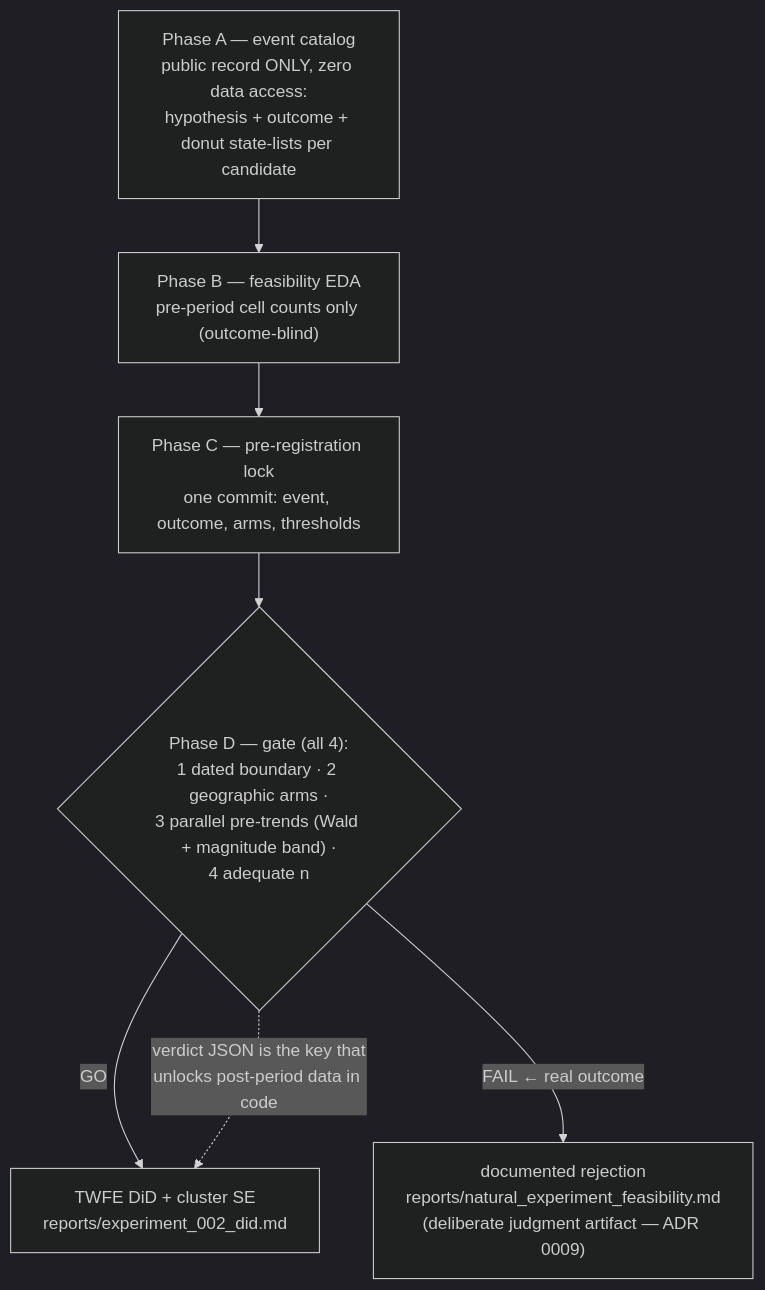
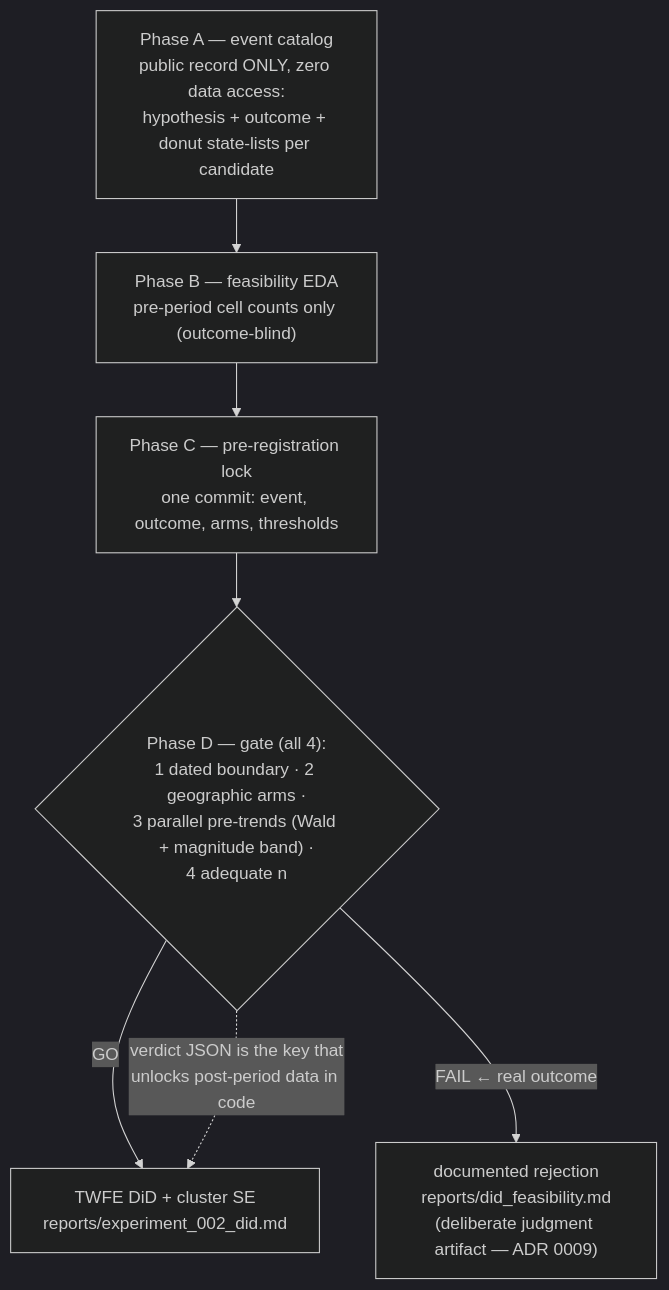
Before and after one commit to tirthjoship/product-experimentation: the fifth of 5 diagrams in README.md, drawn with Mermaid (dark theme). The commit also changed other lines of this file, not shown here.

````diff
--- a/README.md
+++ b/README.md
@@ -328,10 +329,10 @@
 ```mermaid
 flowchart TD
     A["Phase A — event catalog<br/>public record ONLY, zero data access:<br/>hypothesis + outcome + donut state-lists per candidate"]
     A --> B["Phase B — feasibility EDA<br/>pre-period cell counts only (outcome-blind)"]
     B --> C["Phase C — pre-registration lock<br/>one commit: event, outcome, arms, thresholds"]
     C --> D{"Phase D — gate (all 4):<br/>1 dated boundary · 2 geographic arms ·<br/>3 parallel pre-trends (Wald + magnitude band) ·<br/>4 adequate n"}
     D -->|GO| E1["TWFE DiD + cluster SE<br/>reports/experiment_002_did.md"]
-    D -->|"FAIL ← real outcome"| E2["documented rejection<br/>reports/natural_experiment_feasibility.md<br/>(deliberate judgment artifact — ADR 0009)"]
+    D -->|"FAIL ← real outcome"| E2["documented rejection<br/>reports/did_feasibility.md<br/>(deliberate judgment artifact — ADR 0009)"]
     D -.->|"verdict JSON is the key that<br/>unlocks post-period data in code"| E1
 ```
````
